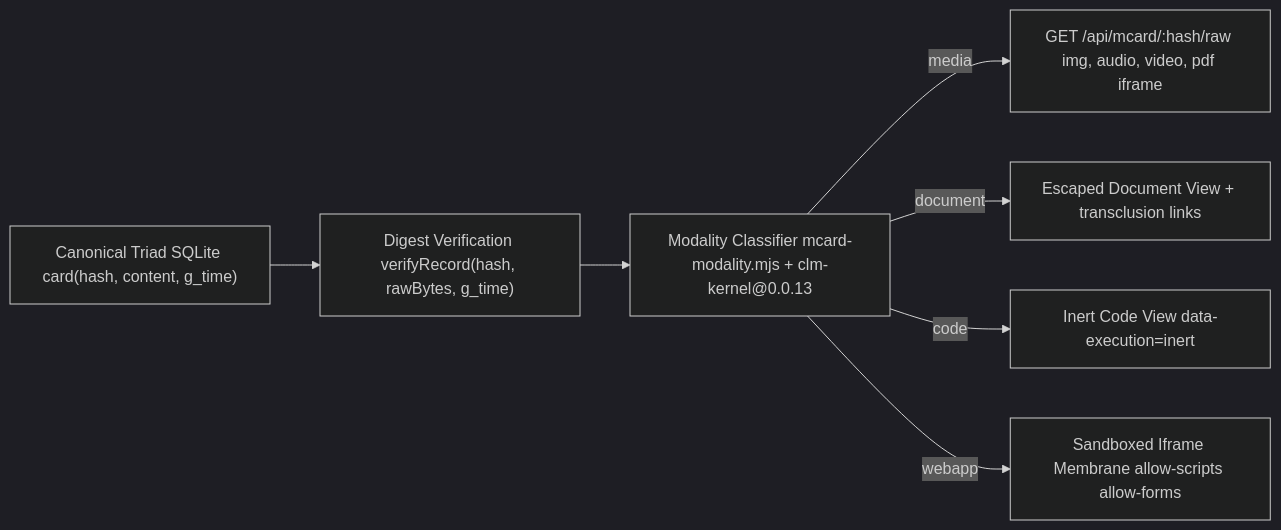
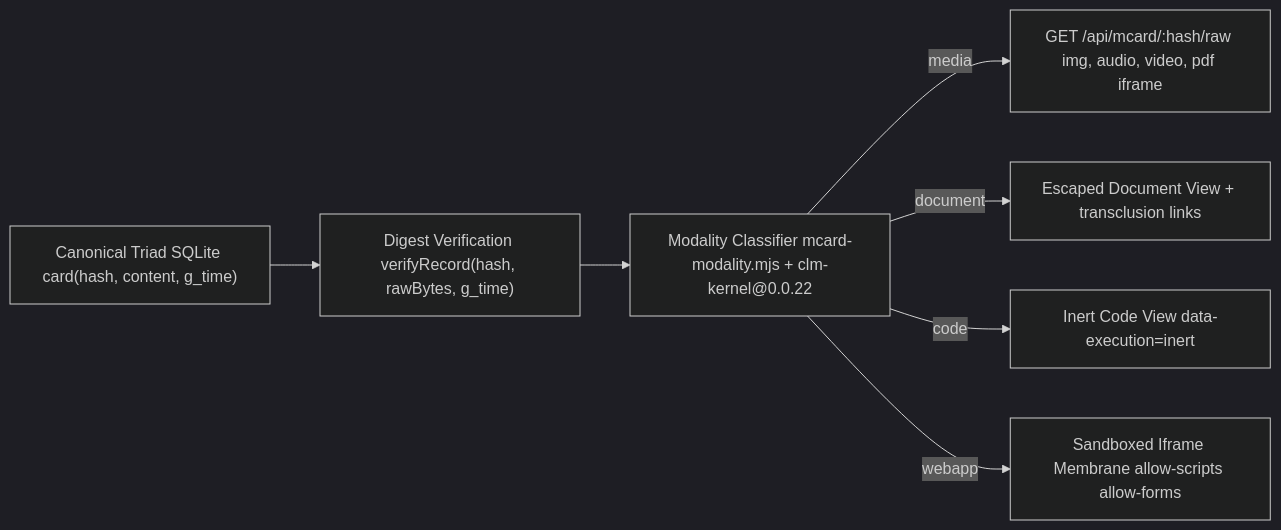
The diagram in docs/01-architecture/UNIVERSAL_MCARD_BROWSER_ARCHITECTURE.md (xlp0/LandingPage), drawn with Mermaid (dark theme) before and after one commit. The commit also changed other lines of this file and 33 other files, not shown here.

Commit message:
feat(kernel): upgrade to published clm-kernel@0.0.22 and sync PKD display registry

````diff
--- a/docs/01-architecture/UNIVERSAL_MCARD_BROWSER_ARCHITECTURE.md
+++ b/docs/01-architecture/UNIVERSAL_MCARD_BROWSER_ARCHITECTURE.md
@@ -36,9 +36,9 @@
 ```mermaid
 flowchart LR
   SQLite["Canonical Triad SQLite card(hash, content, g_time)"] --> Verify["Digest Verification verifyRecord(hash, rawBytes, g_time)"]
-  Verify --> Classify["Modality Classifier mcard-modality.mjs + clm-kernel@0.0.13"]
+  Verify --> Classify["Modality Classifier mcard-modality.mjs + clm-kernel@0.0.22"]
   Classify -->|"media"| MediaOut["GET /api/mcard/:hash/raw img, audio, video, pdf iframe"]
   Classify -->|"document"| DocOut["Escaped Document View + transclusion links"]
   Classify -->|"code"| CodeOut["Inert Code View data-execution=inert"]
   Classify -->|"webapp"| WebappOut["Sandboxed Iframe Membrane allow-scripts allow-forms"]
 ```
````
